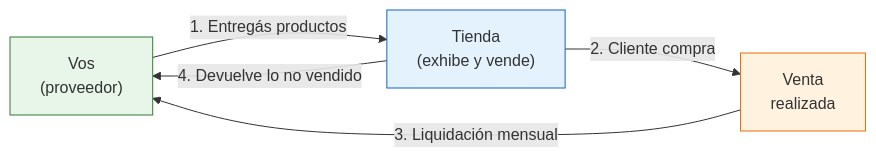
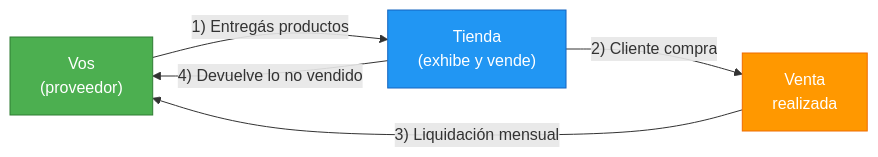
Before and after one commit to barrosignacioezequiel-coder/docs: the diagram in app/paso1-argentina/crecer-gestionar/consignacion-tiendas.mdx, drawn with Mermaid. The commit also changed 66 other files, not shown here.

First line of the commit message:
fix: resolve Mermaid v11 numbered list errors + improve contrast

````diff
--- a/app/paso1-argentina/crecer-gestionar/consignacion-tiendas.mdx
+++ b/app/paso1-argentina/crecer-gestionar/consignacion-tiendas.mdx
@@ -15,11 +15,11 @@
 ```mermaid
 graph LR
-    A["Vos<br/>(proveedor)"] -->|"1. Entregás productos"| B["Tienda<br/>(exhibe y vende)"]
-    B -->|"2. Cliente compra"| C["Venta<br/>realizada"]
-    C -->|"3. Liquidación mensual"| A
-    B -->|"4. Devuelve lo no vendido"| A
+    A["Vos<br/>(proveedor)"] -->|"1) Entregás productos"| B["Tienda<br/>(exhibe y vende)"]
+    B -->|"2) Cliente compra"| C["Venta<br/>realizada"]
+    C -->|"3) Liquidación mensual"| A
+    B -->|"4) Devuelve lo no vendido"| A
 
-    style A fill:#e8f5e9,stroke:#2e7d32
-    style B fill:#e3f2fd,stroke:#1565c0
-    style C fill:#fff3e0,stroke:#ef6c00
+    style A fill:#4caf50,stroke:#2e7d32,color:#fff
+    style B fill:#2196f3,stroke:#1565c0,color:#fff
+    style C fill:#ff9800,stroke:#ef6c00,color:#fff
 ```
````
